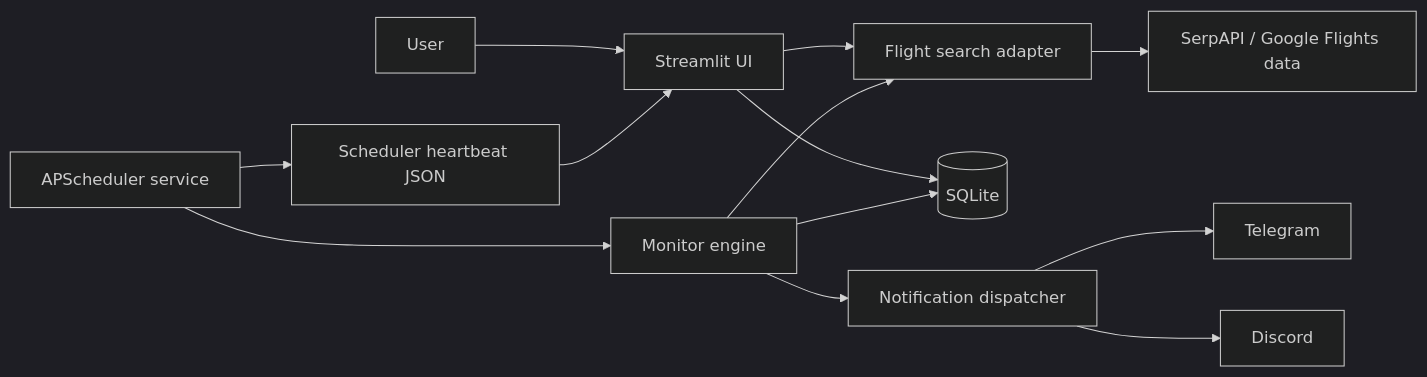
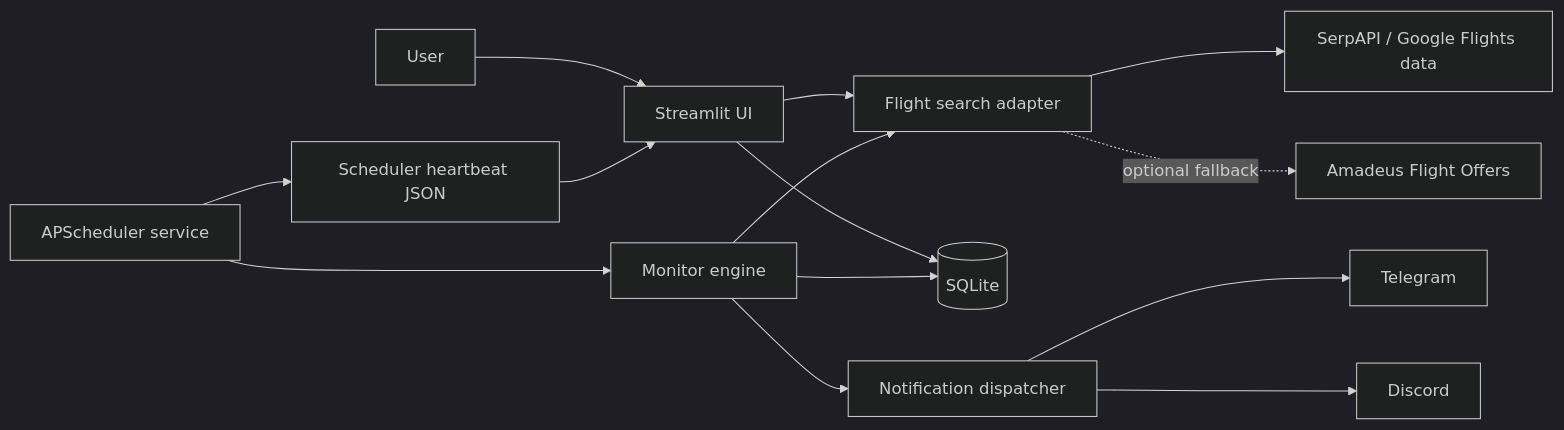
The diagram in docs/ARCHITECTURE.md (victor781205/skywatch-flight-monitor), drawn with Mermaid (dark theme) before and after one commit. The commit also changed other lines of this file and 17 other files, not shown here.

Commit message:
Optimize flight API quota usage and add fallback

````diff
--- a/docs/ARCHITECTURE.md
+++ b/docs/ARCHITECTURE.md
@@ -6,15 +6,16 @@
 ```mermaid
 flowchart LR
   U[User] --> UI[Streamlit UI]
   UI --> API[Flight search adapter]
   S[APScheduler service] --> M[Monitor engine]
   M --> API
   API --> EXT[SerpAPI / Google Flights data]
+  API -. optional fallback .-> AMD[Amadeus Flight Offers]
   UI --> DB[(SQLite)]
   M --> DB
   M --> N[Notification dispatcher]
   N --> TG[Telegram]
   N --> DC[Discord]
   S --> H[Scheduler heartbeat JSON]
   H --> UI
 ```
````
